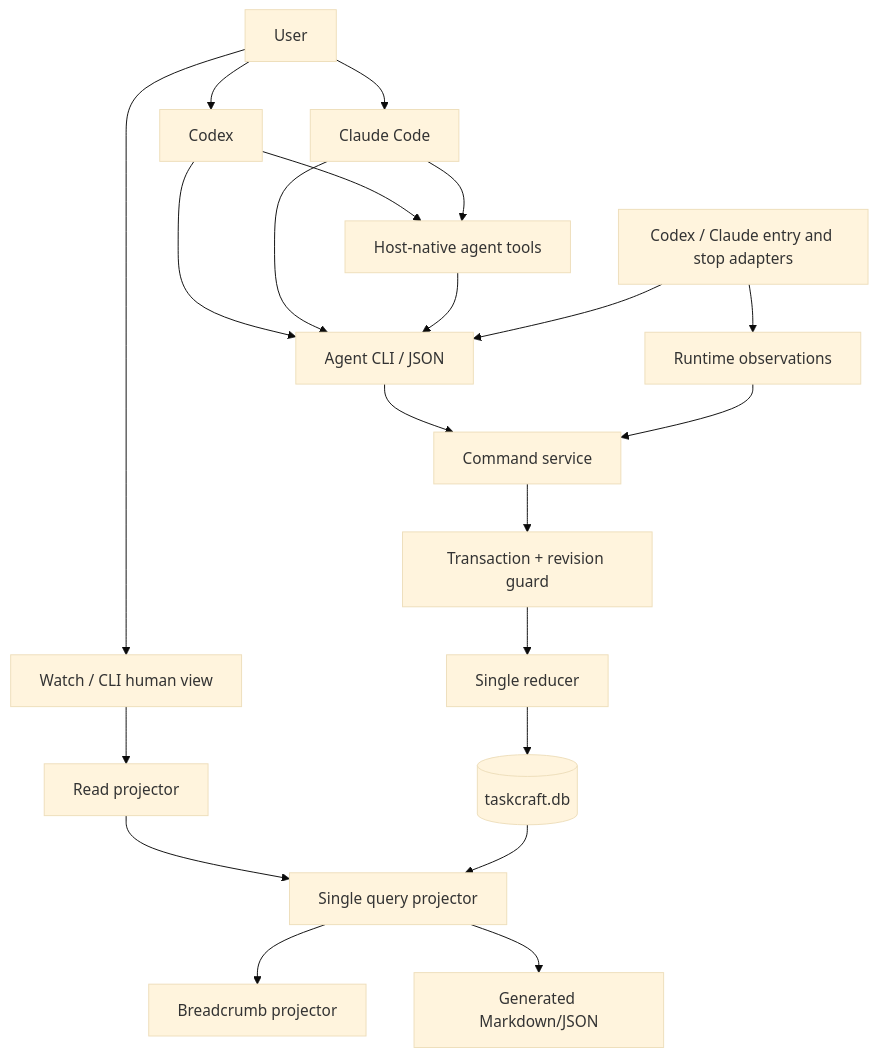
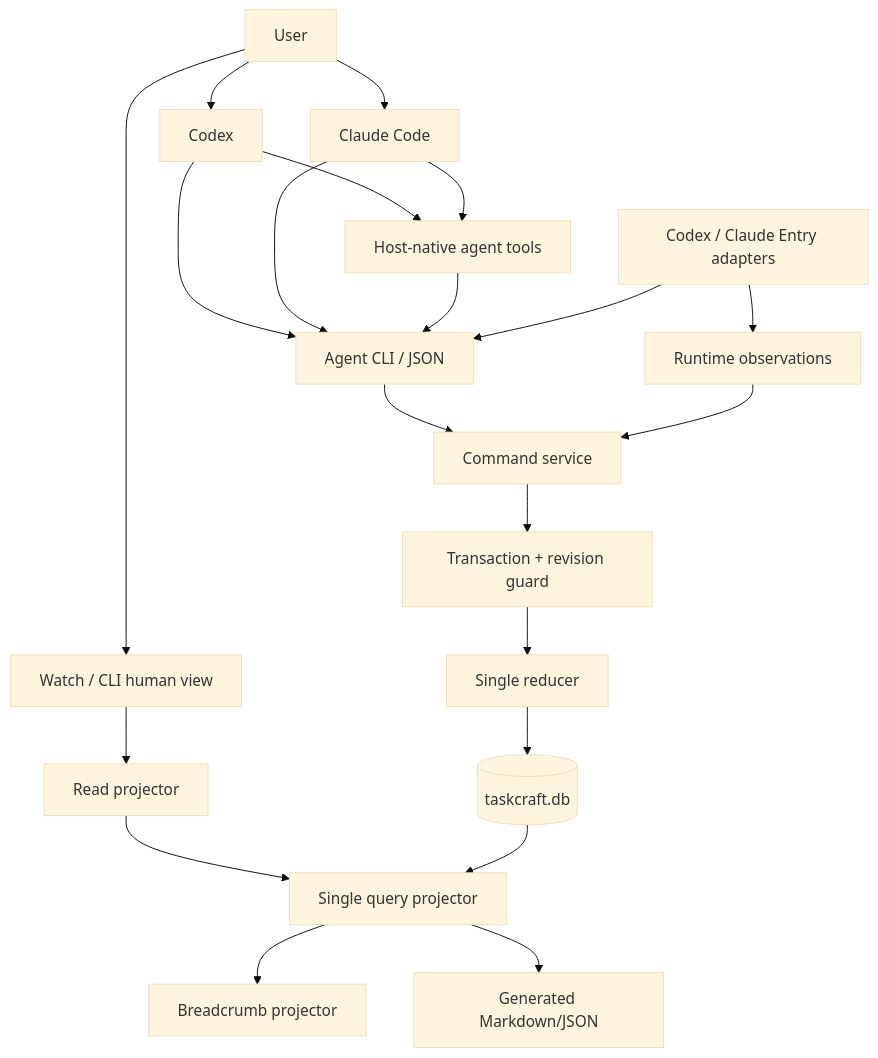
One commit to ttizzyf/taskcraft changed the first of 2 diagrams in development/specs/architecture.md. Above: the diagram before and after it, drawn with Mermaid (base theme). The commit also changed other lines of this file and 28 other files, not shown here.

````diff
--- a/development/specs/architecture.md
+++ b/development/specs/architecture.md
@@ -19,23 +19,23 @@
 ```mermaid
 flowchart TB
     U[User] --> W[Watch / CLI human view]
     U --> C[Codex]
     U --> H[Claude Code]
     C --> A[Agent CLI / JSON]
     H --> A
     C --> N[Host-native agent tools]
     H --> N
     N --> A
     A --> S[Command service]
     W --> Q[Read projector]
     S --> T[Transaction + revision guard]
     T --> R[Single reducer]
     R --> DB[(taskcraft.db)]
     Q --> P[Single query projector]
     DB --> P
     P --> B[Breadcrumb projector]
     P --> M[Generated Markdown/JSON]
-    X[Codex / Claude entry and stop adapters] --> A
+    X[Codex / Claude Entry adapters] --> A
     X --> O[Runtime observations]
     O --> S
 ```
````
